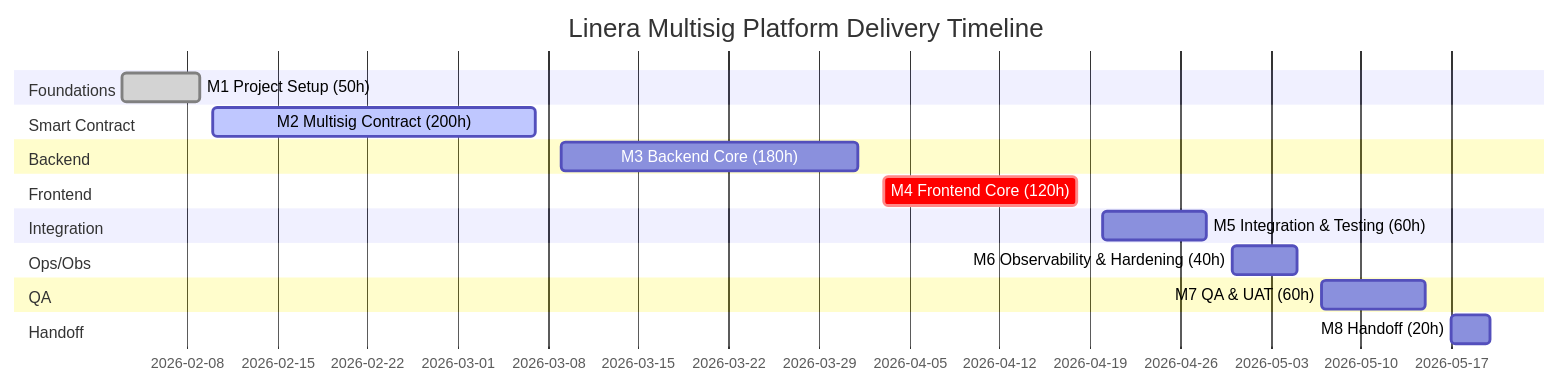
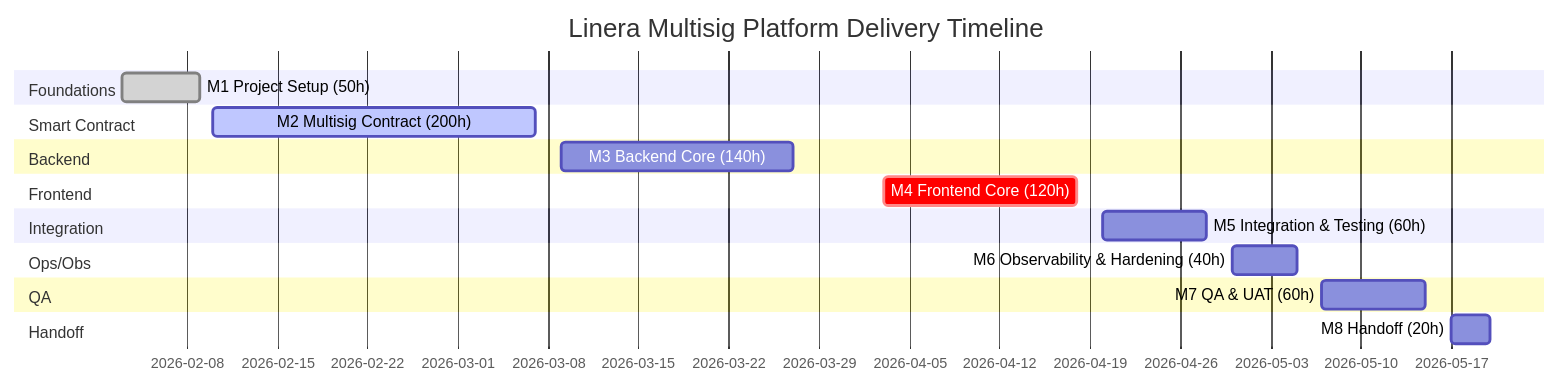
Before and after one commit to keyper-labs/linera.dev: the third of 3 diagrams in docs/PROPOSAL/linera-multisig-platform-proposal.md, drawn with Mermaid. The commit also changed other lines of this file and 23 other files, not shown here.

````diff
--- a/docs/PROPOSAL/linera-multisig-platform-proposal.md
+++ b/docs/PROPOSAL/linera-multisig-platform-proposal.md
@@ -229,29 +234,29 @@
 ```mermaid
 gantt
     dateFormat  YYYY-MM-DD
     title Linera Multisig Platform Delivery Timeline
 
     section Foundations
     M1 Project Setup (50h)            :done,    m1, 2026-02-03, 6d
 
     section Smart Contract
     M2 Multisig Contract (200h)       :active,  m2, 2026-02-10, 25d
 
     section Backend
-    M3 Backend Core (180h)            :         m3, 2026-03-09, 23d
+    M3 Backend Core (140h)            :         m3, 2026-03-09, 18d
 
     section Frontend
     M4 Frontend Core (120h)           :crit,    m4, 2026-04-03, 15d
 
     section Integration
     M5 Integration & Testing (60h)    :         m5, 2026-04-20, 8d
 
     section Ops/Obs
     M6 Observability & Hardening (40h) :        m6, 2026-04-30, 5d
 
     section QA
     M7 QA & UAT (60h)                 :         m7, 2026-05-07, 8d
 
     section Handoff
     M8 Handoff (20h)                  :         m8, 2026-05-17, 3d
 ```
````
